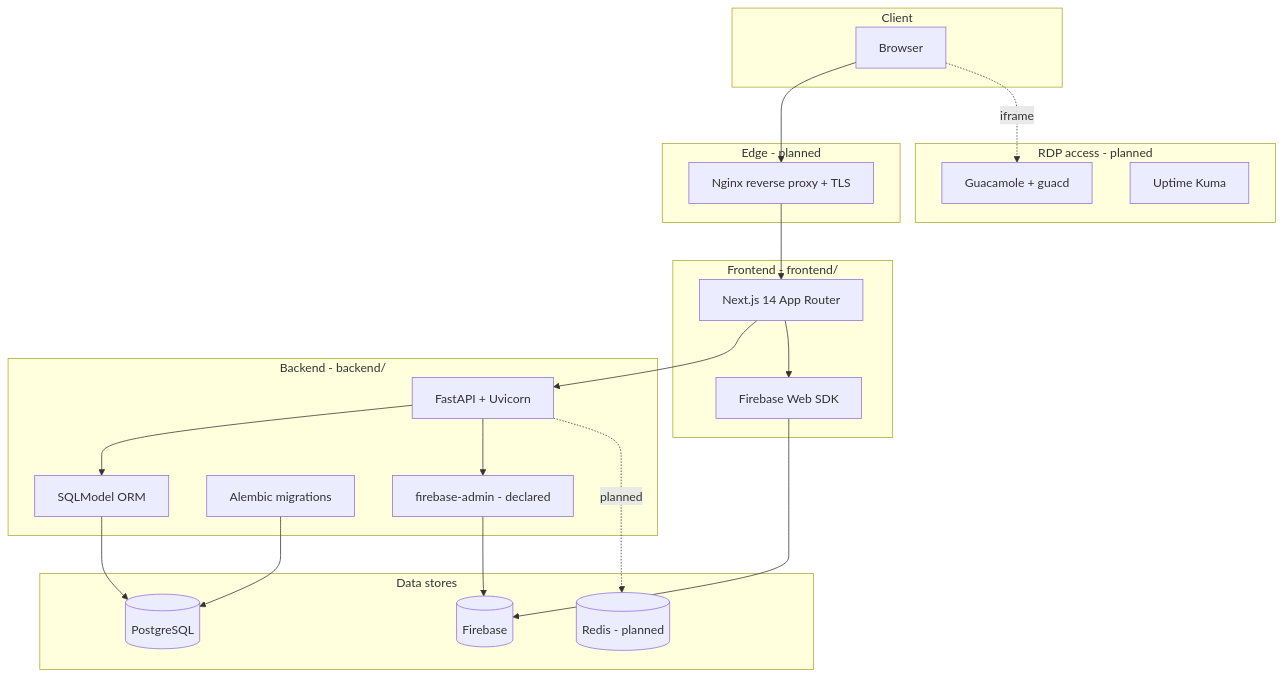
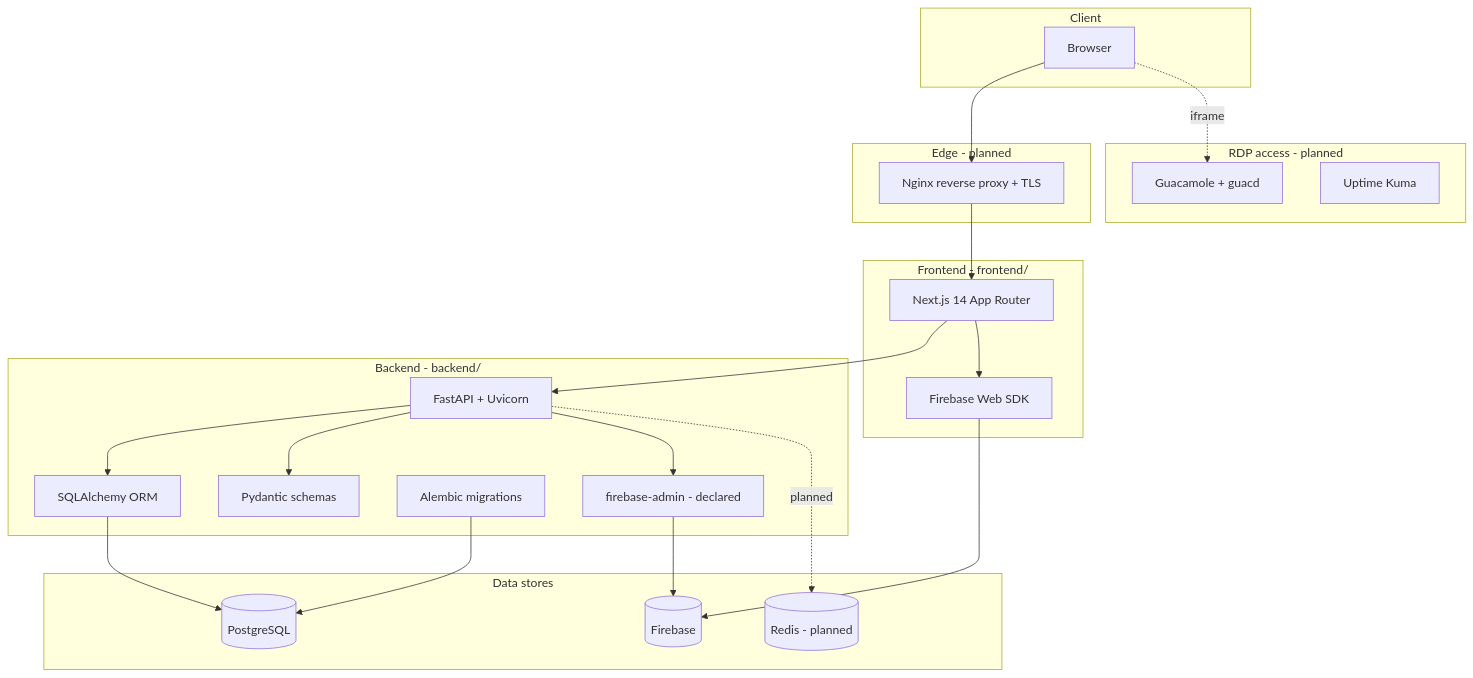
Before and after one commit to supportglobalsolutions-ui/Workforce-Allocation-Platform: the diagram in docs/tech-stack.md, drawn with Mermaid. The commit also changed other lines of this file and 74 other files, not shown here.

First line of the commit message:
Add new schemas for quality, rdp, session, shift, and worker with corresponding cache files

````diff
--- a/docs/tech-stack.md
+++ b/docs/tech-stack.md
@@ -26,42 +26,44 @@
 ```mermaid
 flowchart TB
     subgraph client [Client]
         Browser[Browser]
     end
 
     subgraph edge [Edge - planned]
         Nginx[Nginx reverse proxy + TLS]
     end
 
     subgraph fe [Frontend - frontend/]
         Next[Next.js 14 App Router]
         FbSdk[Firebase Web SDK]
     end
 
     subgraph be [Backend - backend/]
         FastApi[FastAPI + Uvicorn]
-        SqlModel[SQLModel ORM]
+        SqlAlchemy[SQLAlchemy ORM]
+        PydanticSchemas[Pydantic schemas]
         Alembic[Alembic migrations]
         FbAdmin[firebase-admin - declared]
     end
 
     subgraph data [Data stores]
         Postgres[(PostgreSQL)]
         Firestore[(Firebase)]
         Redis[(Redis - planned)]
     end
 
     subgraph rdp [RDP access - planned]
         Guac[Guacamole + guacd]
         Kuma[Uptime Kuma]
     end
 
     Browser --> Nginx --> Next
     Next --> FastApi
     Next --> FbSdk --> Firestore
-    FastApi --> SqlModel --> Postgres
+    FastApi --> SqlAlchemy --> Postgres
+    FastApi --> PydanticSchemas
     Alembic --> Postgres
     FastApi --> FbAdmin --> Firestore
     FastApi -.planned.-> Redis
     Browser -.iframe.-> Guac
 ```
````
